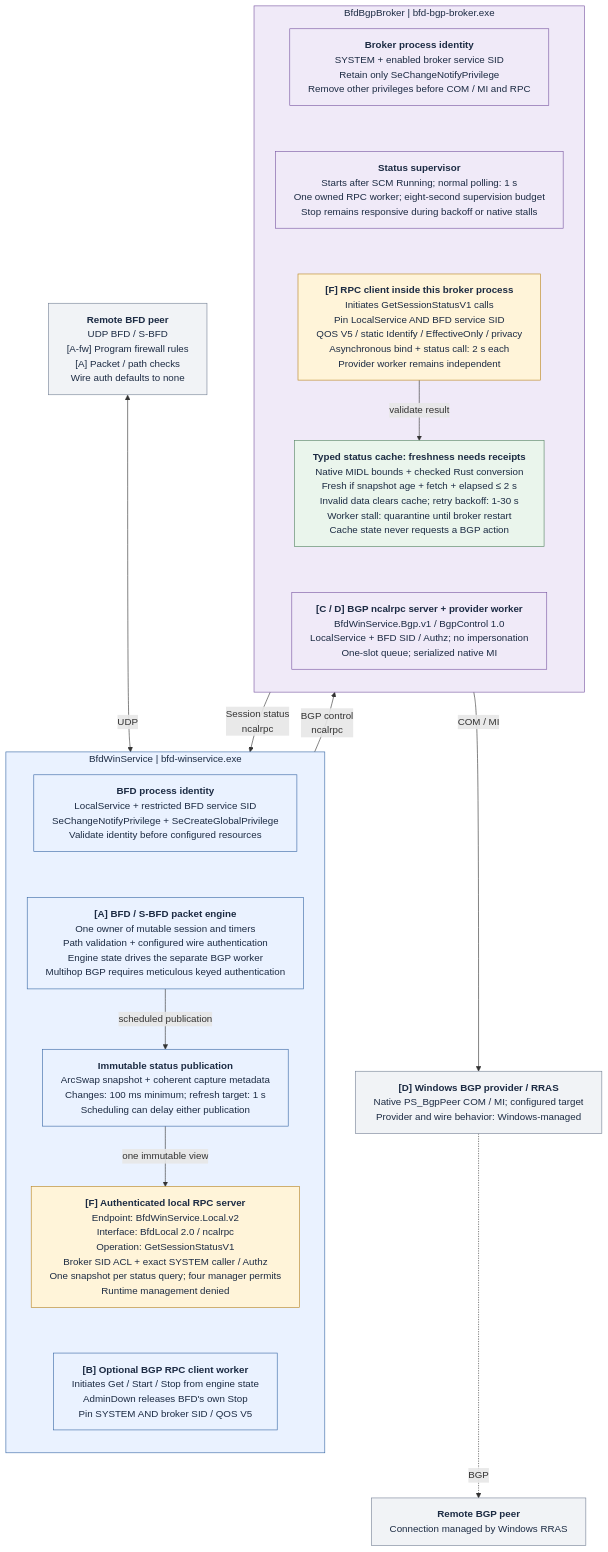
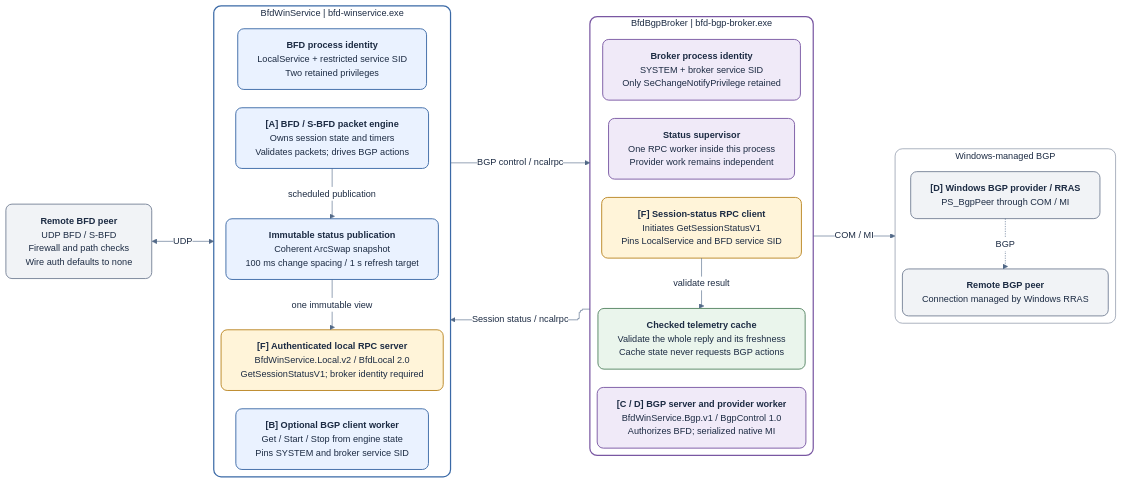
The first of 2 diagrams in docs/service-communication.md (miketheitguy/bfd-winservice), drawn with Mermaid before and after one commit. The commit also changed other lines of this file and 37 other files, not shown here.

Commit message:
docs: streamline guides and align Mermaid diagrams

````diff
--- a/docs/service-communication.md
+++ b/docs/service-communication.md
@@ -70,58 +64,77 @@
 ```mermaid
 ---
 config:
+  layout: elk
+  look: classic
+  theme: base
+  fontFamily: Segoe UI, Arial, sans-serif
+  themeVariables:
+    fontSize: 15px
+    primaryTextColor: '#1C2B43'
+    lineColor: '#526987'
+    clusterBkg: '#FFFFFF'
+    edgeLabelBackground: '#FFFFFF'
   flowchart:
-    wrappingWidth: 500
+    wrappingWidth: 330
+    padding: 16
+    nodeSpacing: 26
+    rankSpacing: 50
+    curve: stepBefore
 ---
-flowchart TB
+flowchart LR
     accTitle: Runtime boundaries: BfdWinService.Local.v2 and BfdLocal 2.0
     accDescr: The broker initiates authenticated local session-status RPC to BFD. BFD initiates a separate BGP control RPC to the broker. The packet engine drives BGP actions; the telemetry cache is observational. The broker retains only SeChangeNotifyPrivilege.
     %% Mirrors service-communication.drawio, page 1.
 
     subgraph rt_bfd["BfdWinService | bfd-winservice.exe"]
         direction TB
-        rt_bfd_token["<b>BFD process identity</b><br/>LocalService + restricted BFD service SID<br/>SeChangeNotifyPrivilege + SeCreateGlobalPrivilege<br/>Validate identity before configured resources"]:::bfd
-        rt_engine["<b>[A] BFD / S-BFD packet engine</b><br/>One owner of mutable session and timers<br/>Path validation + configured wire authentication<br/>Engine state drives the separate BGP worker<br/>Multihop BGP requires meticulous keyed authentication"]:::bfd
-        rt_publisher["<b>Immutable status publication</b><br/>ArcSwap snapshot + coherent capture metadata<br/>Changes: 100 ms minimum; refresh target: 1 s<br/>Scheduling can delay either publication"]:::bfd
-        rt_rpc["<b>[F] Authenticated local RPC server</b><br/>Endpoint: BfdWinService.Local.v2<br/>Interface: BfdLocal 2.0 / ncalrpc<br/>Operation: GetSessionStatusV1<br/>Broker SID ACL + exact SYSTEM caller / Authz<br/>One snapshot per status query; four manager permits<br/>Runtime management denied"]:::gate
-        rt_bgp_client["<b>[B] Optional BGP RPC client worker</b><br/>Initiates Get / Start / Stop from engine state<br/>AdminDown releases BFD's own Stop<br/>Pin SYSTEM AND broker SID / QOS V5"]:::bfd
+        rt_bfd_token["<b>BFD process identity</b><br/>LocalService + restricted service SID<br/>Two retained privileges"]:::bfd
+        rt_engine["<b>[A] BFD / S-BFD packet engine</b><br/>Owns session state and timers<br/>Validates packets; drives BGP actions"]:::bfd
+        rt_publisher["<b>Immutable status publication</b><br/>Coherent ArcSwap snapshot<br/>100 ms change spacing / 1 s refresh target"]:::bfd
+        rt_rpc["<b>[F] Authenticated local RPC server</b><br/>BfdWinService.Local.v2 / BfdLocal 2.0<br/>GetSessionStatusV1; broker identity required"]:::gate
+        rt_bgp_client["<b>[B] Optional BGP client worker</b><br/>Get / Start / Stop from engine state<br/>Pins SYSTEM and broker service SID"]:::bfd
     end
 
     subgraph rt_broker["BfdBgpBroker | bfd-bgp-broker.exe"]
         direction TB
-        rt_broker_token["<b>Broker process identity</b><br/>SYSTEM + enabled broker service SID<br/>Retain only SeChangeNotifyPrivilege<br/>Remove other privileges before COM / MI and RPC"]:::broker
-        rt_monitor["<b>Status supervisor</b><br/>Starts after SCM Running; normal polling: 1 s<br/>One owned RPC worker; eight-second supervision budget<br/>Stop remains responsive during backoff or native stalls"]:::broker
-        rt_cache["<b>Typed status cache: freshness needs receipts</b><br/>Native MIDL bounds + checked Rust conversion<br/>Fresh if snapshot age + fetch + elapsed &le; 2 s<br/>Invalid data clears cache; retry backoff: 1-30 s<br/>Worker stall: quarantine until broker restart<br/>Cache state never requests a BGP action"]:::cache
-        rt_client["<b>[F] RPC client inside this broker process</b><br/>Initiates GetSessionStatusV1 calls<br/>Pin LocalService AND BFD service SID<br/>QOS V5 / static Identify / EffectiveOnly / privacy<br/>Asynchronous bind + status call: 2 s each<br/>Provider worker remains independent"]:::gate
-        rt_control["<b>[C / D] BGP ncalrpc server + provider worker</b><br/>BfdWinService.Bgp.v1 / BgpControl 1.0<br/>LocalService + BFD SID / Authz; no impersonation<br/>One-slot queue; serialized native MI"]:::broker
+        rt_broker_token["<b>Broker process identity</b><br/>SYSTEM + broker service SID<br/>Only SeChangeNotifyPrivilege retained"]:::broker
+        rt_monitor["<b>Status supervisor</b><br/>One RPC worker inside this process<br/>Provider work remains independent"]:::broker
+        rt_cache["<b>Checked telemetry cache</b><br/>Validate the whole reply and its freshness<br/>Cache state never requests BGP actions"]:::cache
+        rt_client["<b>[F] Session-status RPC client</b><br/>Initiates GetSessionStatusV1<br/>Pins LocalService and BFD service SID"]:::gate
+        rt_control["<b>[C / D] BGP server and provider worker</b><br/>BfdWinService.Bgp.v1 / BgpControl 1.0<br/>Authorizes BFD; serialized native MI"]:::broker
     end
 
-    rt_remote["<b>Remote BFD peer</b><br/>UDP BFD / S-BFD<br/>[A-fw] Program firewall rules<br/>[A] Packet / path checks<br/>Wire auth defaults to none"]:::external
-    rt_provider["<b>[D] Windows BGP provider / RRAS</b><br/>Native PS_BgpPeer COM / MI; configured target<br/>Provider and wire behavior: Windows-managed"]:::external
-    rt_bgp_peer["<b>Remote BGP peer</b><br/>Connection managed by Windows RRAS"]:::external
+    rt_remote["<b>Remote BFD peer</b><br/>UDP BFD / S-BFD<br/>Firewall and path checks<br/>Wire auth defaults to none"]:::external
+    subgraph rt_external["Windows-managed BGP"]
+        direction TB
+        rt_provider["<b>[D] Windows BGP provider / RRAS</b><br/>PS_BgpPeer through COM / MI"]:::external
+        rt_bgp_peer["<b>Remote BGP peer</b><br/>Connection managed by Windows RRAS"]:::external
+    end
 
-    rt_remote <-->|"UDP"| rt_engine
+    rt_remote <-->|"UDP"| rt_bfd
     rt_engine -->|"scheduled publication"| rt_publisher
     rt_publisher -->|"one immutable view"| rt_rpc
-    rt_client -->|"Session status<br/>ncalrpc"| rt_rpc
+    rt_broker -->|"Session status / ncalrpc"| rt_bfd
     rt_client -->|"validate result"| rt_cache
-    rt_bgp_client -->|"BGP control<br/>ncalrpc"| rt_control
-    rt_control -->|"COM / MI"| rt_provider
+    rt_bfd -->|"BGP control / ncalrpc"| rt_broker
+    rt_broker -->|"COM / MI"| rt_external
     rt_provider -.->|"BGP"| rt_bgp_peer
 
     %% Invisible links align independent sections; they do not represent calls.
     rt_bfd_token ~~~ rt_engine
     rt_rpc ~~~ rt_bgp_client
     rt_broker_token ~~~ rt_monitor
     rt_monitor ~~~ rt_client
     rt_cache ~~~ rt_control
 
-    classDef bfd fill:#EAF2FF,stroke:#3A69A6,color:#1C2B43
-    classDef broker fill:#F0EAF8,stroke:#7957A2,color:#1C2B43
-    classDef gate fill:#FFF4D9,stroke:#B98521,color:#1C2B43
-    classDef cache fill:#EAF5EC,stroke:#558563,color:#1C2B43
-    classDef external fill:#F1F3F6,stroke:#778397,color:#1C2B43
-    classDef note fill:#FFFFFF,stroke:#B8C2D0,color:#1C2B43
-    style rt_bfd fill:#EAF2FF,stroke:#3A69A6,color:#1C2B43
-    style rt_broker fill:#F0EAF8,stroke:#7957A2,color:#1C2B43
+    classDef bfd fill:#EAF2FF,stroke:#3A69A6,color:#1C2B43,stroke-width:1.5px,rx:10,ry:10
+    classDef broker fill:#F0EAF8,stroke:#7957A2,color:#1C2B43,stroke-width:1.5px,rx:10,ry:10
+    classDef gate fill:#FFF4D9,stroke:#B98521,color:#1C2B43,stroke-width:1.5px,rx:10,ry:10
+    classDef cache fill:#EAF5EC,stroke:#558563,color:#1C2B43,stroke-width:1.5px,rx:10,ry:10
+    classDef external fill:#F1F3F6,stroke:#778397,color:#1C2B43,stroke-width:1.5px,rx:10,ry:10
+    classDef note fill:#FFFFFF,stroke:#B8C2D0,color:#1C2B43,stroke-width:1.5px,rx:10,ry:10
+    style rt_bfd fill:#FFFFFF,stroke:#3A69A6,color:#1C2B43,stroke-width:2px,rx:12,ry:12
+    style rt_broker fill:#FFFFFF,stroke:#7957A2,color:#1C2B43,stroke-width:2px,rx:12,ry:12
+
+    style rt_external fill:#FFFFFF,stroke:#778397,color:#1C2B43,rx:12,ry:12
 ```
````
